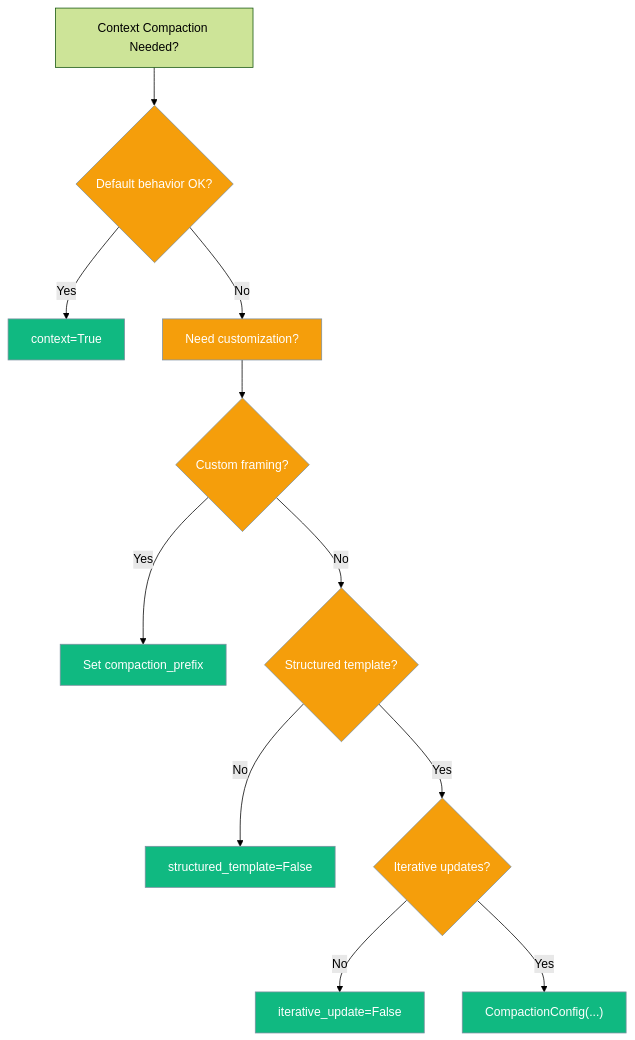
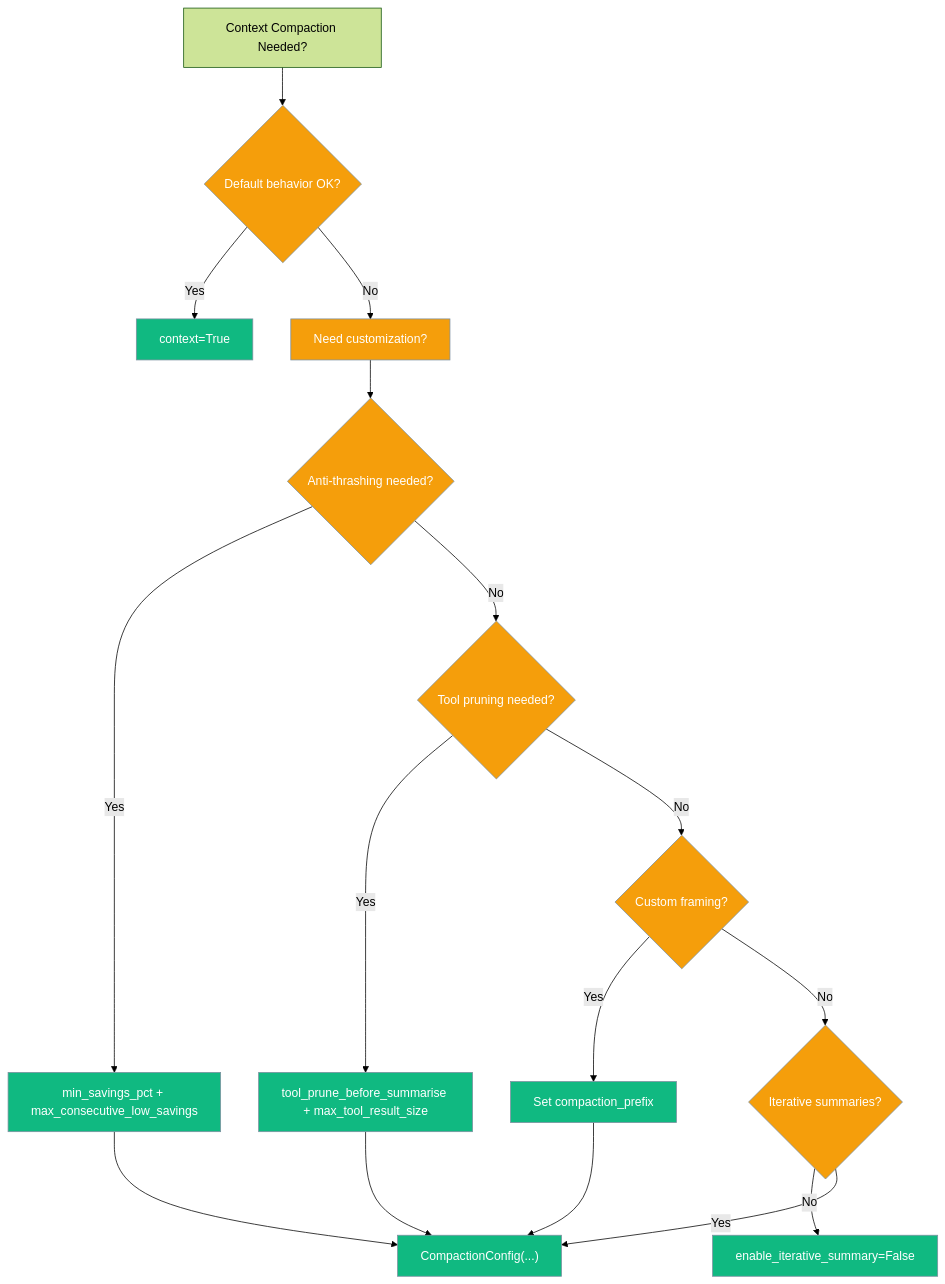
The seventh of 7 diagrams in docs/features/context-compaction.mdx (MervinPraison/PraisonAIDocs), drawn with Mermaid (forest theme) before and after one commit. The commit also changed other lines of this file and 1 other file, not shown here.

First line of the commit message:
docs: Update Context Compaction docs for anti-thrashing, iterative summarisation, tool-result pruning, and focus_topic (fixes #590)

````diff
--- a/docs/features/context-compaction.mdx
+++ b/docs/features/context-compaction.mdx
@@ -308,22 +686,29 @@
 ```mermaid
 graph TB
     Start["Context Compaction Needed?"] --> DefaultOK{"Default behavior OK?"}
     DefaultOK -->|Yes| Simple["context=True"]
     DefaultOK -->|No| Customize["Need customization?"]
     
-    Customize --> PrefixCustom{"Custom framing?"}
+    Customize --> AntiThresh{"Anti-thrashing needed?"}
+    AntiThresh -->|Yes| ThreshConfig["min_savings_pct + max_consecutive_low_savings"]
+    AntiThresh -->|No| ToolPrune{"Tool pruning needed?"}
+    
+    ToolPrune -->|Yes| ToolConfig["tool_prune_before_summarise + max_tool_result_size"]
+    ToolPrune -->|No| PrefixCustom{"Custom framing?"}
+    
     PrefixCustom -->|Yes| CustomPrefix["Set compaction_prefix"]
-    PrefixCustom -->|No| TemplateChoice{"Structured template?"}
+    PrefixCustom -->|No| IterativeChoice{"Iterative summaries?"}
     
-    TemplateChoice -->|No| FlatSummary["structured_template=False"]
-    TemplateChoice -->|Yes| IterativeChoice{"Iterative updates?"}
+    IterativeChoice -->|No| NoIterative["enable_iterative_summary=False"]
+    IterativeChoice -->|Yes| FullConfig["CompactionConfig(...)"]
     
-    IterativeChoice -->|No| NoIterative["iterative_update=False"]
-    IterativeChoice -->|Yes| FullConfig["CompactionConfig(...)"]
+    ThreshConfig --> FullConfig
+    ToolConfig --> FullConfig
+    CustomPrefix --> FullConfig
     
     classDef decision fill:#F59E0B,stroke:#7C90A0,color:#fff
     classDef config fill:#10B981,stroke:#7C90A0,color:#fff
     
-    class DefaultOK,Customize,PrefixCustom,TemplateChoice,IterativeChoice decision
-    class Simple,CustomPrefix,FlatSummary,NoIterative,FullConfig config
+    class DefaultOK,Customize,AntiThresh,ToolPrune,PrefixCustom,IterativeChoice decision
+    class Simple,ThreshConfig,ToolConfig,CustomPrefix,NoIterative,FullConfig config
 ```
````
